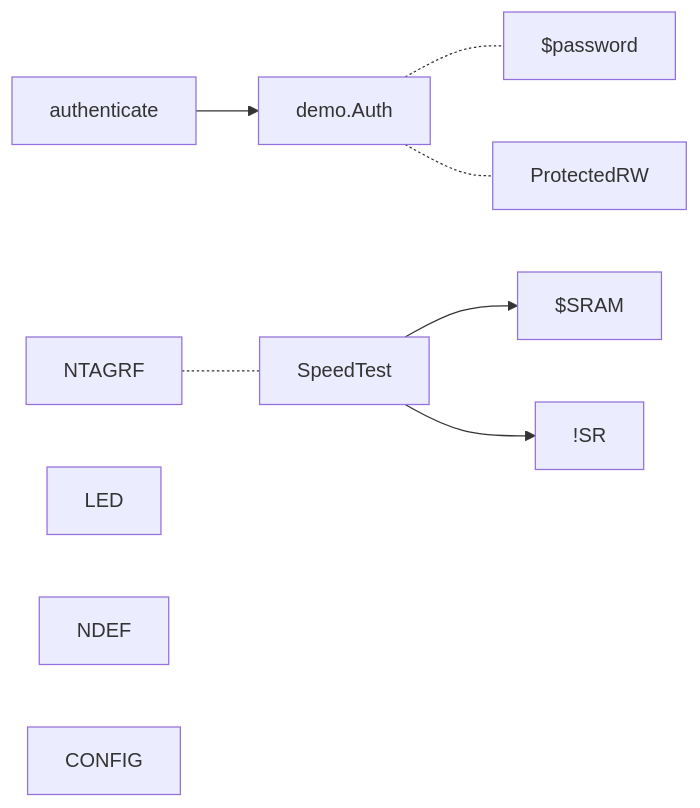
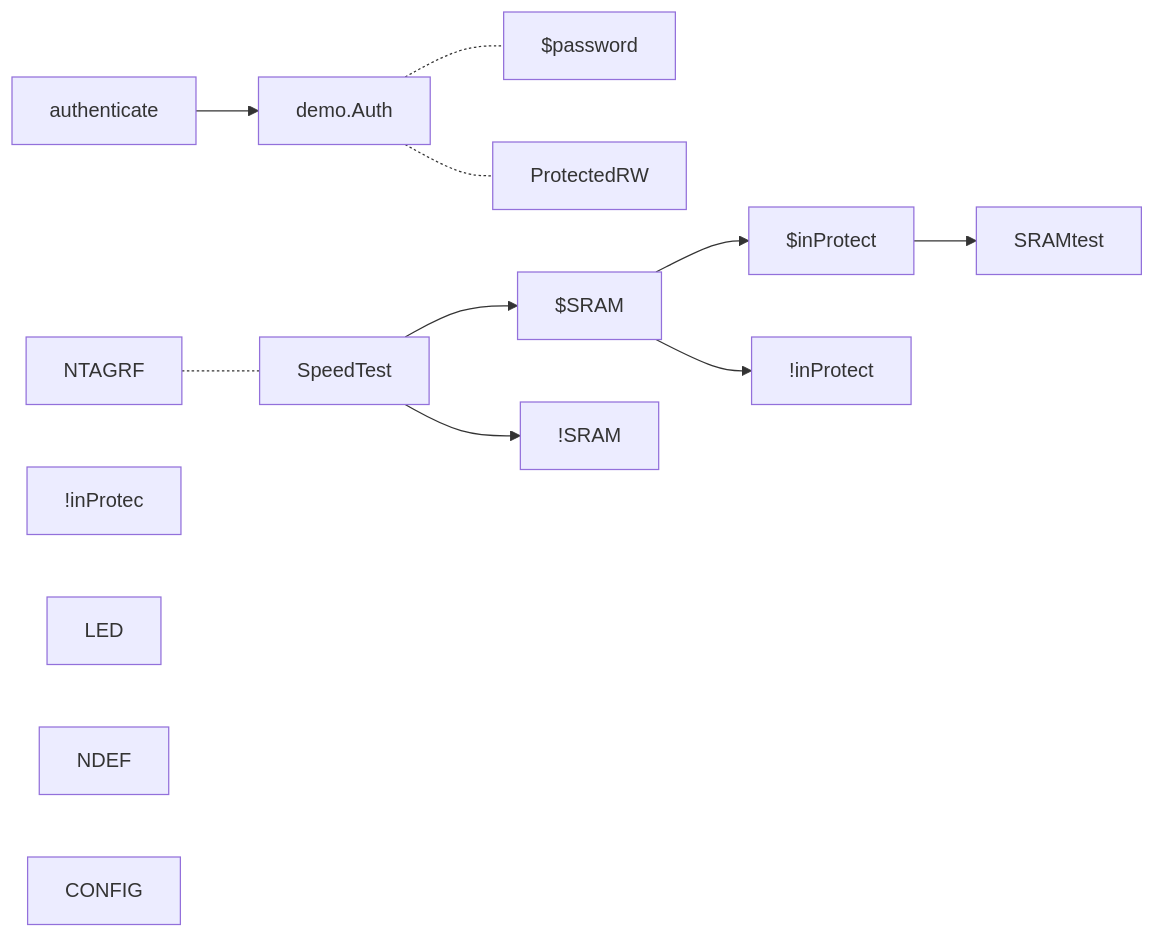
One commit to gordianknotC/nxp_note changed the fifth of 5 diagrams in nxp/MainActivity.md. Above: the diagram before and after it, drawn with Mermaid. The commit also changed other lines of this file, not shown here.

Commit message:
nxp/MainActivity.md updated from https://stackedit.io/

````diff
--- a/nxp/MainActivity.md
+++ b/nxp/MainActivity.md
@@ -56,12 +56,17 @@
 ```mermaid
 graph LR
 authenticate --> demo.Auth
 demo.Auth -.- $password
 demo.Auth -.- ProtectedRW
 NTAGRF -.- SpeedTest
 SpeedTest --> $SRAM
-SpeedTest --> !SR
+SpeedTest --> !SRAM
+$SRAM --> $inProtect
+$SRAM --> !inProtect
+$inProtect --> SRAMtest
+!inProtec
+
 LED
 NDEF
 CONFIG
 ```
````
